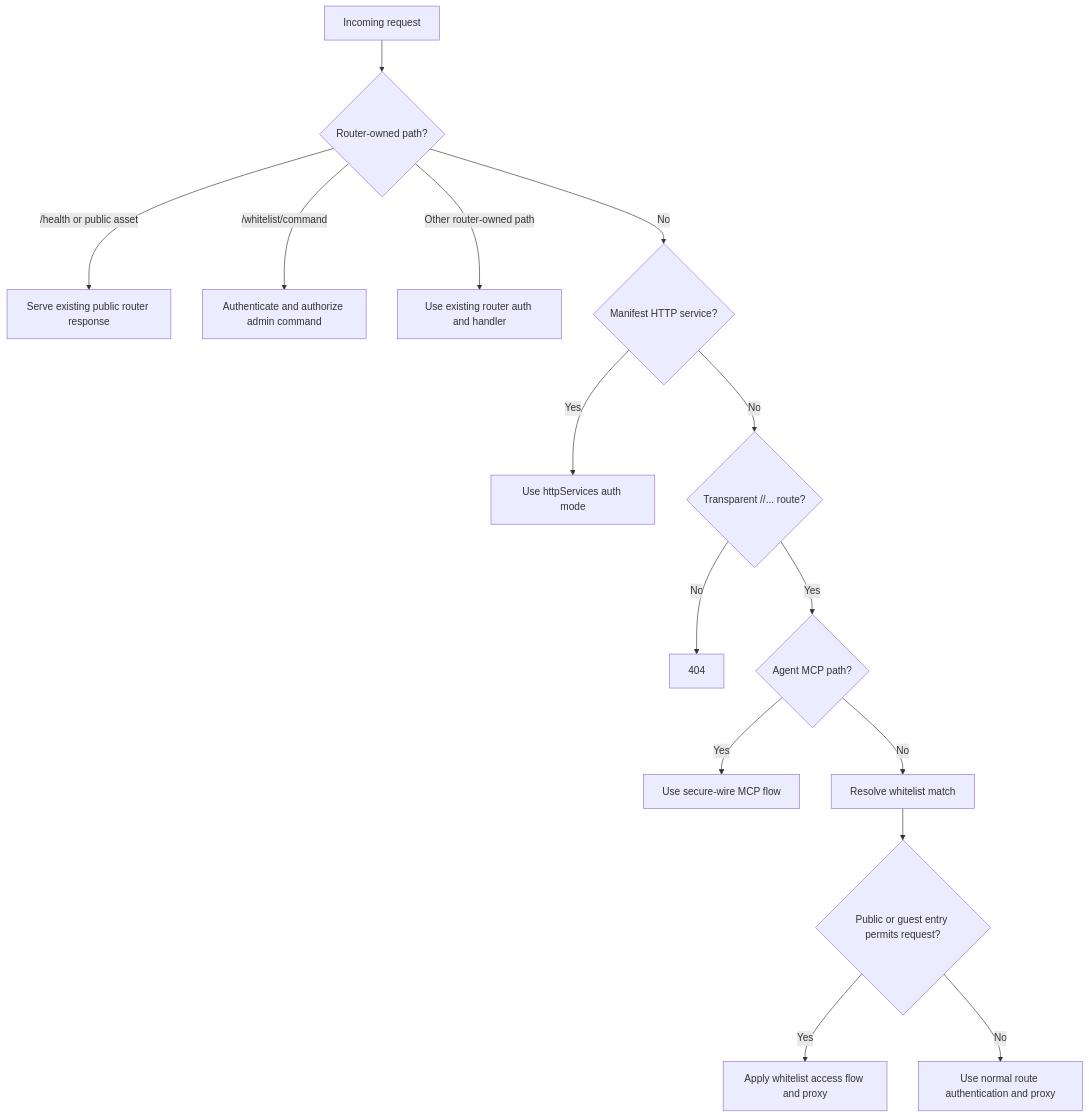
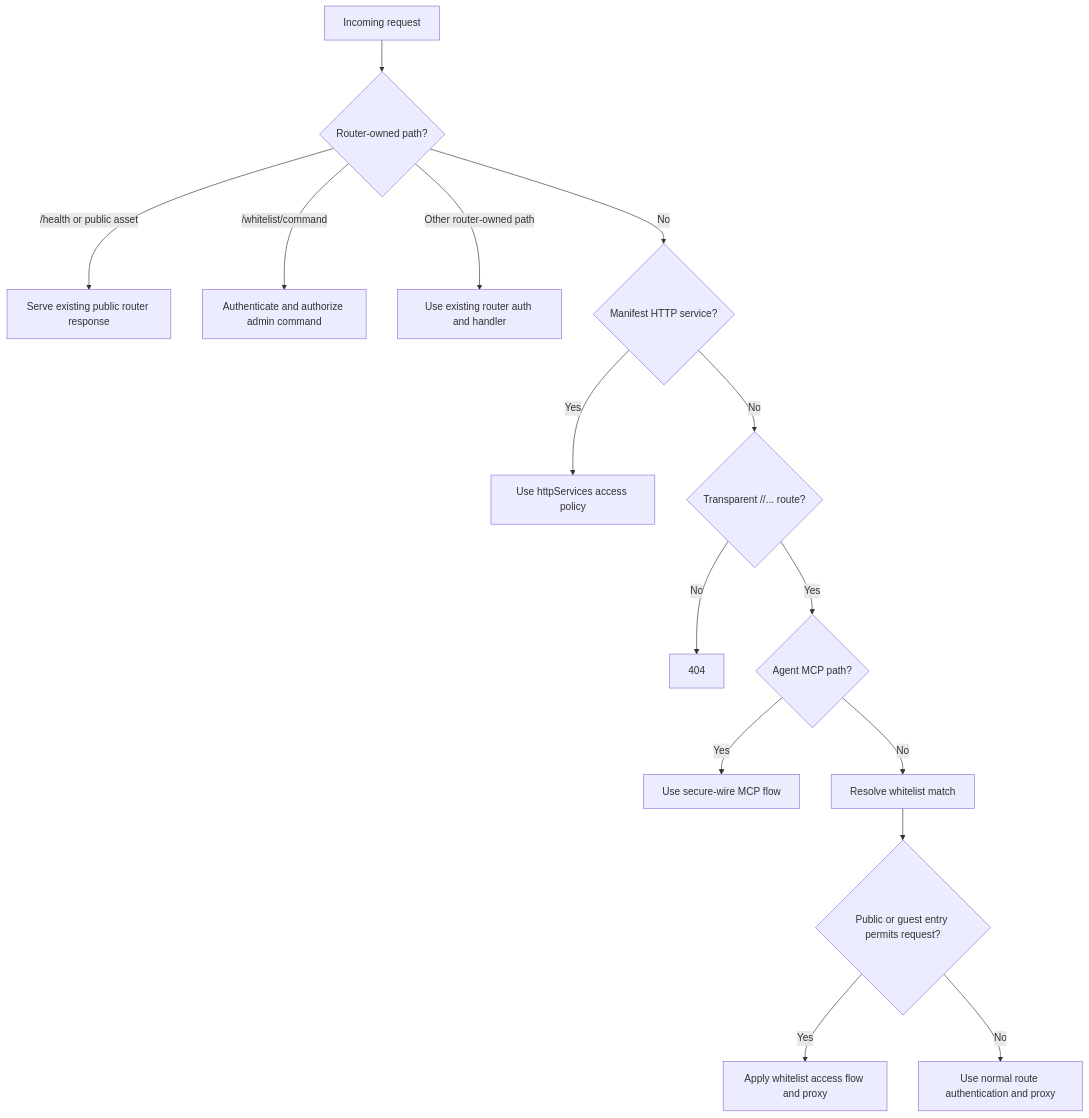
Before and after one commit to PloinkyRepos/AssistOSExplorer: the second of 6 diagrams in docs/router-whitelist-public-access.md, drawn with Mermaid. The commit also changed other lines of this file and 16 other files, not shown here.

````diff
--- a/docs/router-whitelist-public-access.md
+++ b/docs/router-whitelist-public-access.md
@@ -185,17 +185,17 @@
 ```mermaid
 flowchart TD
     A["Incoming request"] --> B{"Router-owned path?"}
     B -->|"/health" or public asset| C["Serve existing public router response"]
     B -->|"/whitelist/command"| D["Authenticate and authorize admin command"]
     B -->|Other router-owned path| E["Use existing router auth and handler"]
     B -->|No| F{"Manifest HTTP service?"}
-    F -->|Yes| G["Use httpServices auth mode"]
+    F -->|Yes| G["Use httpServices access policy"]
     F -->|No| H{"Transparent /<agent>/... route?"}
     H -->|No| I["404"]
     H -->|Yes| J{"Agent MCP path?"}
     J -->|Yes| K["Use secure-wire MCP flow"]
     J -->|No| L["Resolve whitelist match"]
     L --> M{"Public or guest entry permits request?"}
     M -->|Yes| N["Apply whitelist access flow and proxy"]
     M -->|No| O["Use normal route authentication and proxy"]
 ```
````
